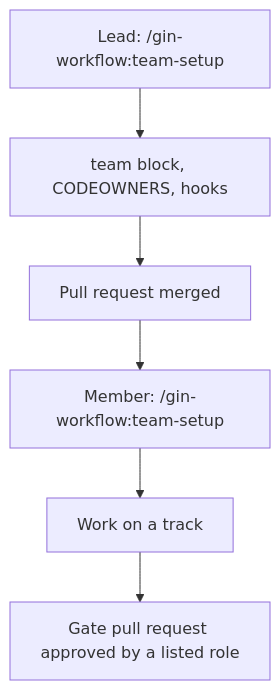
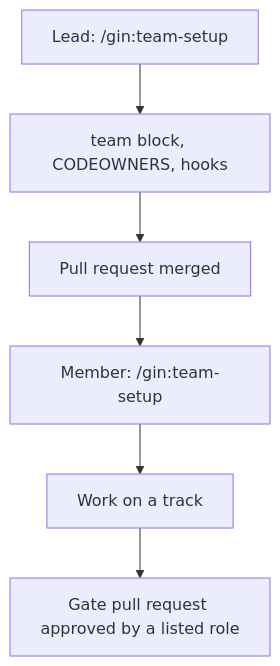
One commit to giangdhwhtbr/gin-workflow changed the diagram in docs/guides/team.md. Above: the diagram before and after it, drawn with Mermaid. The commit also changed other lines of this file and 42 other files, not shown here.

Commit message:
docs: gin CLI and gin: skill names everywhere, upgrade notes (gin-workflow-rename-gin)

````diff
--- a/docs/guides/team.md
+++ b/docs/guides/team.md
@@ -5,8 +5,8 @@
 ```mermaid
 flowchart TD
-  L["Lead: /gin-workflow:team-setup"] --> C["team block, CODEOWNERS, hooks"]
+  L["Lead: /gin:team-setup"] --> C["team block, CODEOWNERS, hooks"]
   C --> PR["Pull request merged"]
-  PR --> M["Member: /gin-workflow:team-setup"]
+  PR --> M["Member: /gin:team-setup"]
   M --> W["Work on a track"]
   W --> G["Gate pull request approved by a listed role"]
 ```
````
